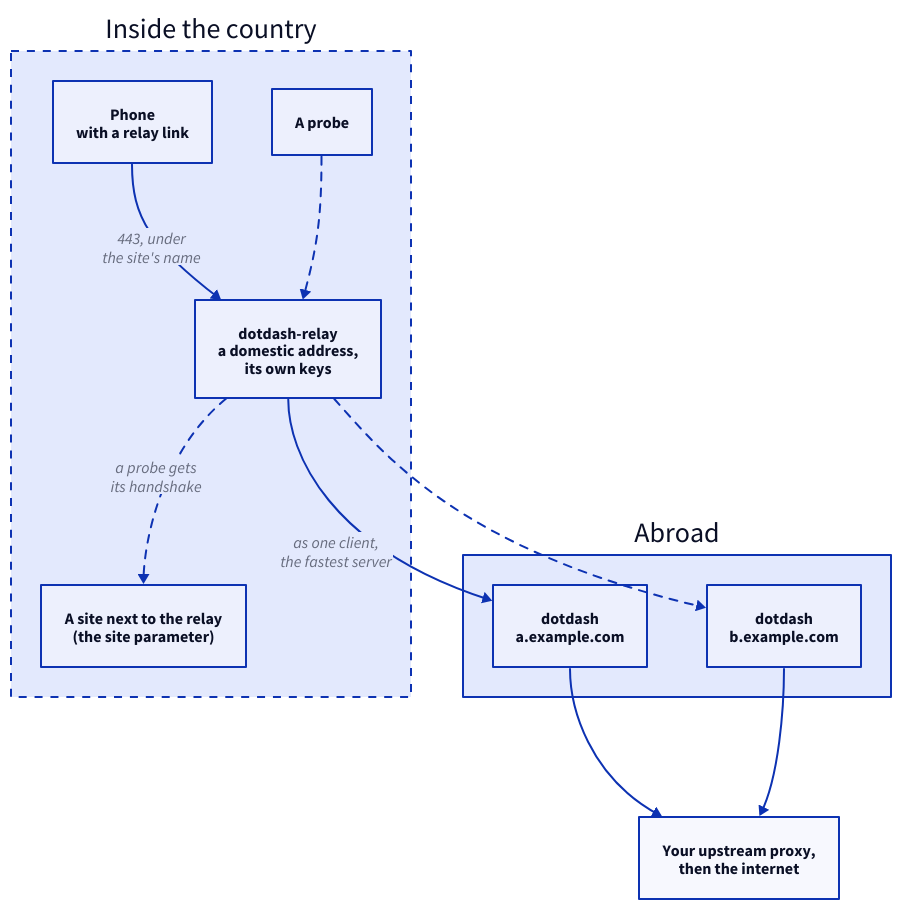
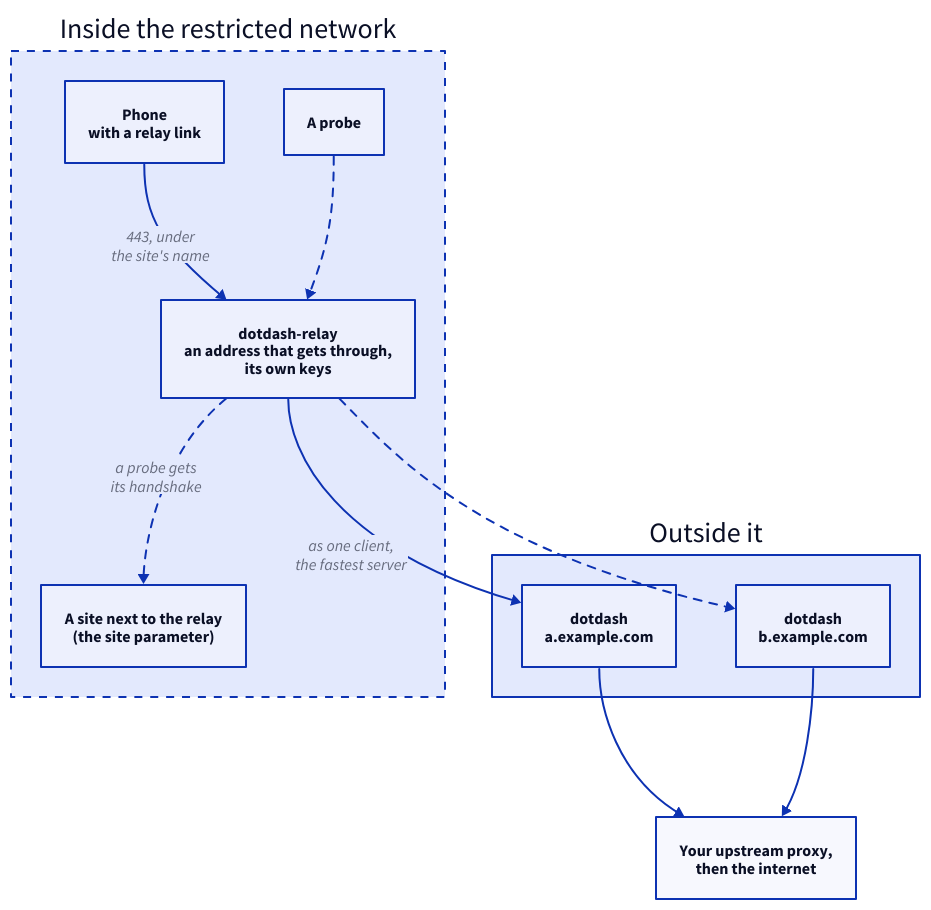
The diagram in pages/diagrams/relay.d2 (morzecrew/dotdash), drawn with D2 before and after one commit. The commit also changed 36 other files, not shown here.

```diff
--- a/pages/diagrams/relay.d2
+++ b/pages/diagrams/relay.d2
@@ -1,30 +1,30 @@
-# A relay inside the country, carrying devices on to the dotdash servers.
+# A relay inside the restricted network, carrying devices on to the dotdash servers.
 # Rendered by render.sh.
 direction: down
 
-inside: Inside the country {
+inside: Inside the restricted network {
   style.stroke-dash: 4
 
   phone: Phone\nwith a relay link
   probe: A probe
   relay: dotdash-relay {
-    label: "dotdash-relay\na domestic address,\nits own keys"
+    label: "dotdash-relay\nan address that gets through,\nits own keys"
   }
   site: "A site next to the relay\n(the site parameter)"
 
   phone -> relay: "443, under\nthe site's name"
   probe -> relay {style.stroke-dash: 4}
   relay -> site: "a probe gets\nits handshake" {style.stroke-dash: 4}
 }
 
-abroad: Abroad {
+outside: Outside it {
   a: dotdash\na.example.com
   b: dotdash\nb.example.com
 }
 
 upstream: "Your upstream proxy,\nthen the internet"
 
-inside.relay -> abroad.a: "as one client,\nthe fastest server"
-inside.relay -> abroad.b {style.stroke-dash: 4}
-abroad.a -> upstream
-abroad.b -> upstream
+inside.relay -> outside.a: "as one client,\nthe fastest server"
+inside.relay -> outside.b {style.stroke-dash: 4}
+outside.a -> upstream
+outside.b -> upstream
```
